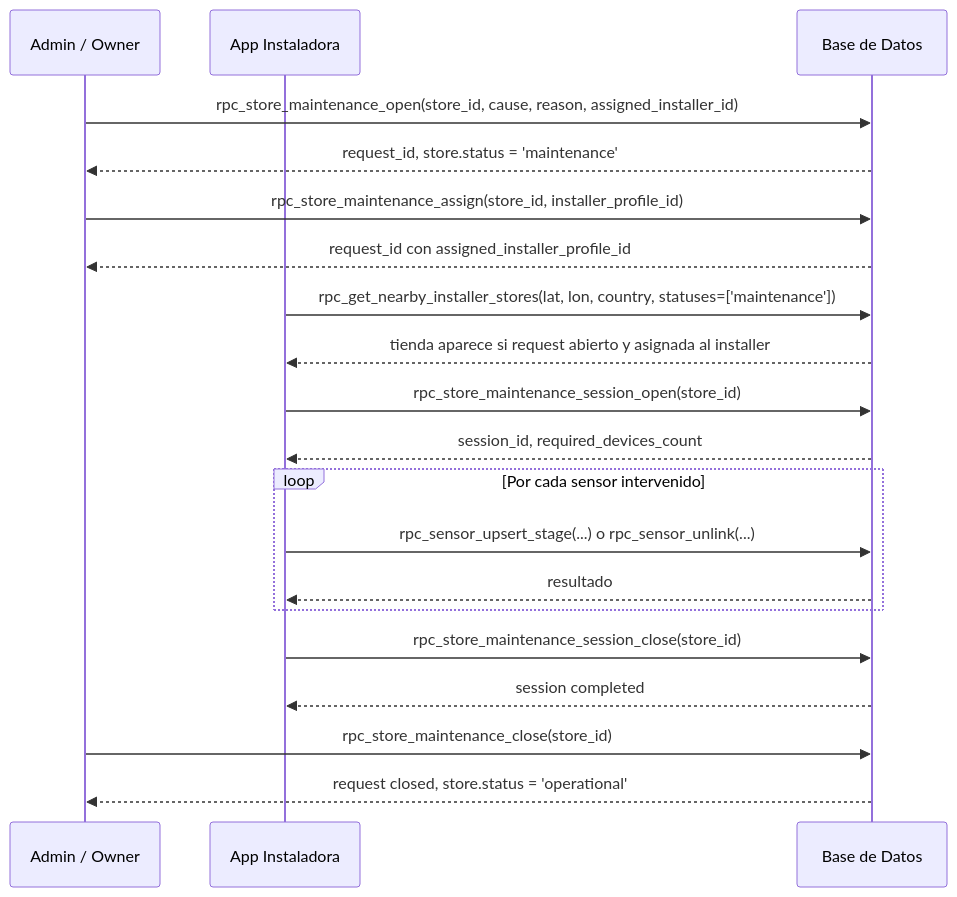
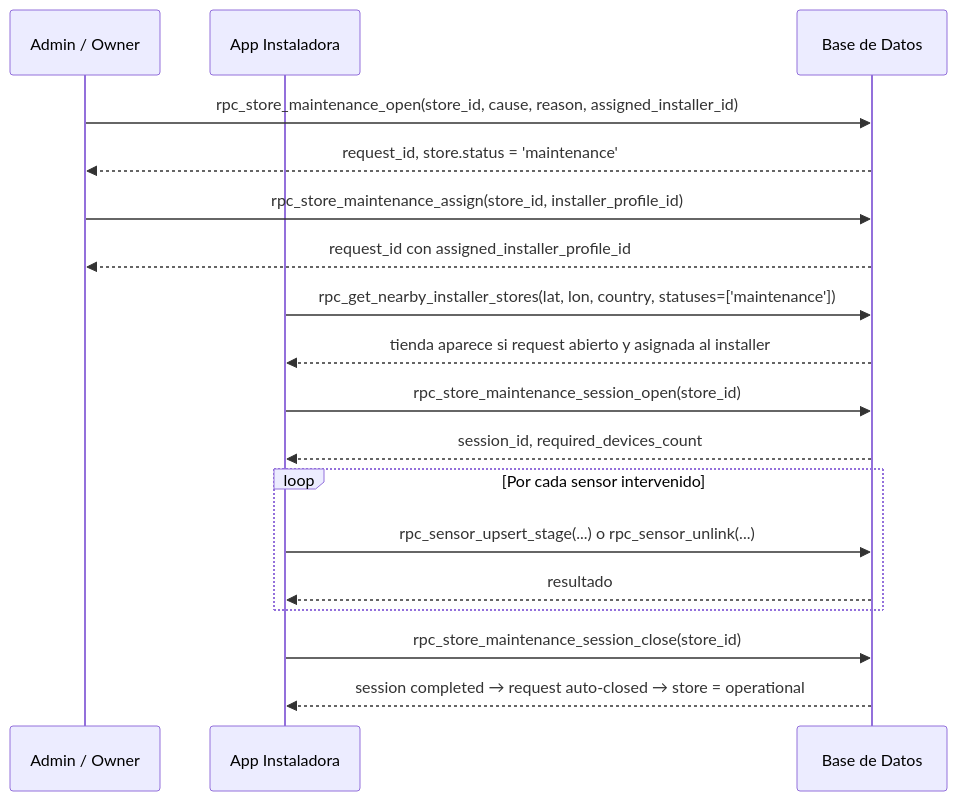
Before and after one commit to Ayhamal27/Arcaxo-Admin-Dashboard: the second of 4 diagrams in supabase-ref-docs/maintenance.md, drawn with Mermaid. The commit also changed other lines of this file and 14 other files, not shown here.

````diff
--- a/supabase-ref-docs/maintenance.md
+++ b/supabase-ref-docs/maintenance.md
@@ -208,29 +208,26 @@
 ```mermaid
 sequenceDiagram
     participant Admin as Admin / Owner
     participant Installer as App Instaladora
     participant DB as Base de Datos
 
     Admin->>DB: rpc_store_maintenance_open(store_id, cause, reason, assigned_installer_id)
     DB-->>Admin: request_id, store.status = 'maintenance'
 
     Admin->>DB: rpc_store_maintenance_assign(store_id, installer_profile_id)
     DB-->>Admin: request_id con assigned_installer_profile_id
 
     Installer->>DB: rpc_get_nearby_installer_stores(lat, lon, country, statuses=['maintenance'])
     DB-->>Installer: tienda aparece si request abierto y asignada al installer
 
     Installer->>DB: rpc_store_maintenance_session_open(store_id)
     DB-->>Installer: session_id, required_devices_count
 
     loop Por cada sensor intervenido
         Installer->>DB: rpc_sensor_upsert_stage(...) o rpc_sensor_unlink(...)
         DB-->>Installer: resultado
     end
 
     Installer->>DB: rpc_store_maintenance_session_close(store_id)
-    DB-->>Installer: session completed
-
-    Admin->>DB: rpc_store_maintenance_close(store_id)
-    DB-->>Admin: request closed, store.status = 'operational'
+    DB-->>Installer: session completed → request auto-closed → store = operational
 ```
````
